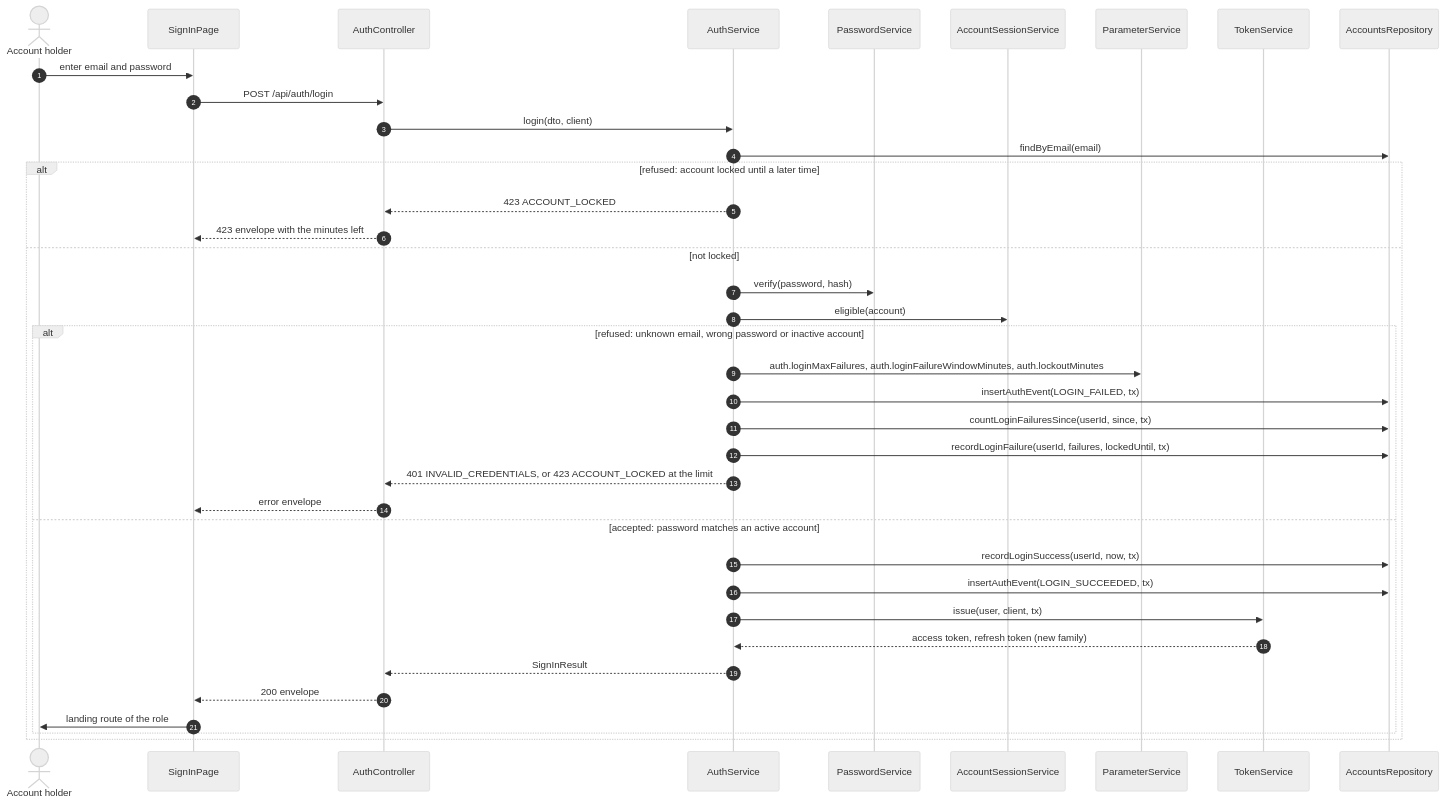
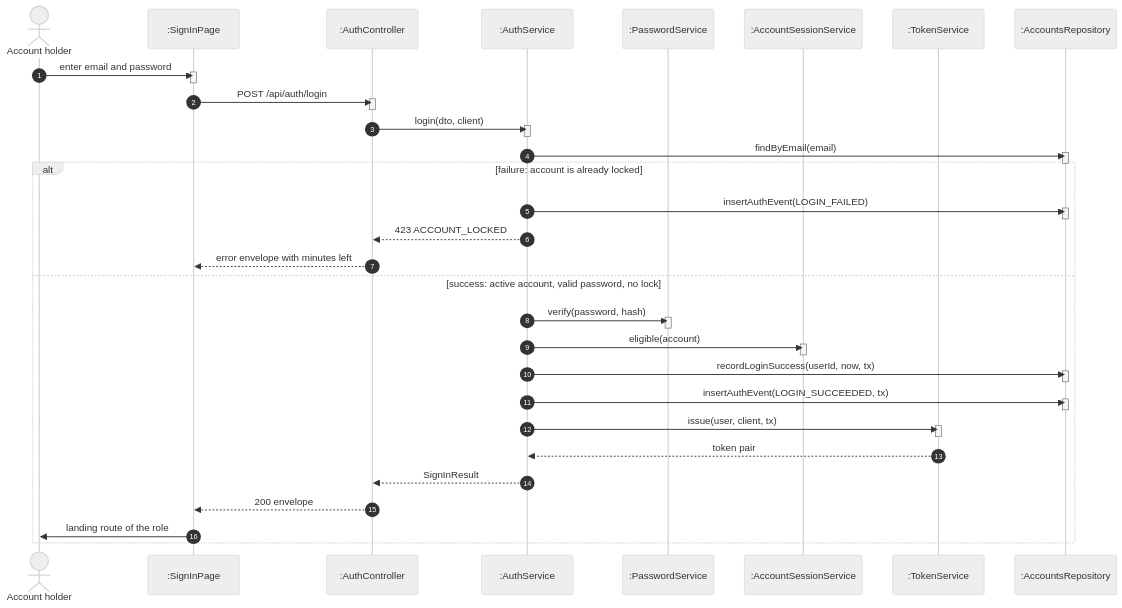
One commit to TrekLink-Team/treklink-web changed the eighth of 12 diagrams in specs/auth/design.md. Above: the diagram before and after it, drawn with Mermaid (neutral theme). The commit also changed other lines of this file and 2 other files, not shown here.

First line of the commit message:
docs: one alt per sequence, code-true guards and per-use-case class panels (review of #113)

````diff
--- a/specs/auth/design.md
+++ b/specs/auth/design.md
@@ -292,40 +381,51 @@
 ```mermaid
 sequenceDiagram
     autonumber
     actor U as Account holder
-    participant P as SignInPage
-    participant C as AuthController
-    participant S as AuthService
-    participant Pw as PasswordService
-    participant Se as AccountSessionService
-    participant Pm as ParameterService
-    participant T as TokenService
-    participant R as AccountsRepository
+    participant P as :SignInPage
+    participant C as :AuthController
+    participant S as :AuthService
+    participant Pw as :PasswordService
+    participant Se as :AccountSessionService
+    participant T as :TokenService
+    participant R as :AccountsRepository
     U->>P: enter email and password
+    activate P
+    deactivate P
     P->>C: POST /api/auth/login
+    activate C
+    deactivate C
     C->>S: login(dto, client)
+    activate S
+    deactivate S
     S->>R: findByEmail(email)
-    alt refused: account locked until a later time
+    activate R
+    deactivate R
+    alt failure: account is already locked
+        S->>R: insertAuthEvent(LOGIN_FAILED)
+        activate R
+        deactivate R
         S-->>C: 423 ACCOUNT_LOCKED
-        C-->>P: 423 envelope with the minutes left
-    else not locked
+        C-->>P: error envelope with minutes left
+    else success: active account, valid password, no lock
         S->>Pw: verify(password, hash)
+        activate Pw
+        deactivate Pw
         S->>Se: eligible(account)
-        alt refused: unknown email, wrong password or inactive account
-            S->>Pm: auth.loginMaxFailures, auth.loginFailureWindowMinutes, auth.lockoutMinutes
-            S->>R: insertAuthEvent(LOGIN_FAILED, tx)
-            S->>R: countLoginFailuresSince(userId, since, tx)
-            S->>R: recordLoginFailure(userId, failures, lockedUntil, tx)
-            S-->>C: 401 INVALID_CREDENTIALS, or 423 ACCOUNT_LOCKED at the limit
-            C-->>P: error envelope
-        else accepted: password matches an active account
-            S->>R: recordLoginSuccess(userId, now, tx)
-            S->>R: insertAuthEvent(LOGIN_SUCCEEDED, tx)
-            S->>T: issue(user, client, tx)
-            T-->>S: access token, refresh token (new family)
-            S-->>C: SignInResult
-            C-->>P: 200 envelope
-            P->>U: landing route of the role
-        end
+        activate Se
+        deactivate Se
+        S->>R: recordLoginSuccess(userId, now, tx)
+        activate R
+        deactivate R
+        S->>R: insertAuthEvent(LOGIN_SUCCEEDED, tx)
+        activate R
+        deactivate R
+        S->>T: issue(user, client, tx)
+        activate T
+        deactivate T
+        T-->>S: token pair
+        S-->>C: SignInResult
+        C-->>P: 200 envelope
+        P->>U: landing route of the role
     end
 ```
````
